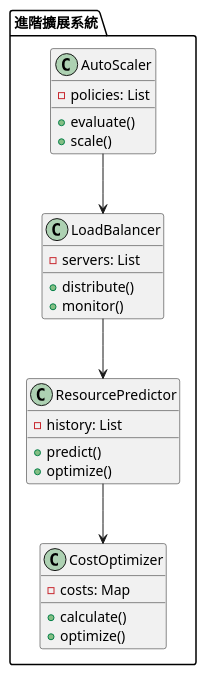
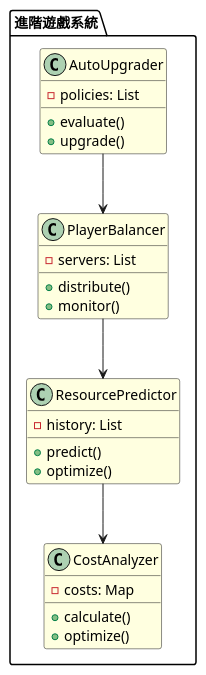
Before and after one commit to fine5351/info-sync: the third of 3 diagrams in doc/learning/architecture/vertical_scaling_tutorial.md, drawn with PlantUML. The commit also changed other lines of this file and 35 other files, not shown here.

````diff
--- a/doc/learning/architecture/vertical_scaling_tutorial.md
+++ b/doc/learning/architecture/vertical_scaling_tutorial.md
@@ -343,33 +237,36 @@
 ```plantuml
 @startuml
-package "進階擴展系統" {
-    class AutoScaler {
+skinparam backgroundColor white
+skinparam classBackgroundColor lightyellow
+
+package "進階遊戲系統" {
+    class AutoUpgrader {
         - policies: List
         + evaluate()
-        + scale()
+        + upgrade()
     }
     
-    class LoadBalancer {
+    class PlayerBalancer {
         - servers: List
         + distribute()
         + monitor()
     }
     
     class ResourcePredictor {
         - history: List
         + predict()
         + optimize()
     }
     
-    class CostOptimizer {
+    class CostAnalyzer {
         - costs: Map
         + calculate()
         + optimize()
     }
 }
 
-AutoScaler --> LoadBalancer
-LoadBalancer --> ResourcePredictor
-ResourcePredictor --> CostOptimizer
+AutoUpgrader --> PlayerBalancer
+PlayerBalancer --> ResourcePredictor
+ResourcePredictor --> CostAnalyzer
 @enduml
 ```
````
